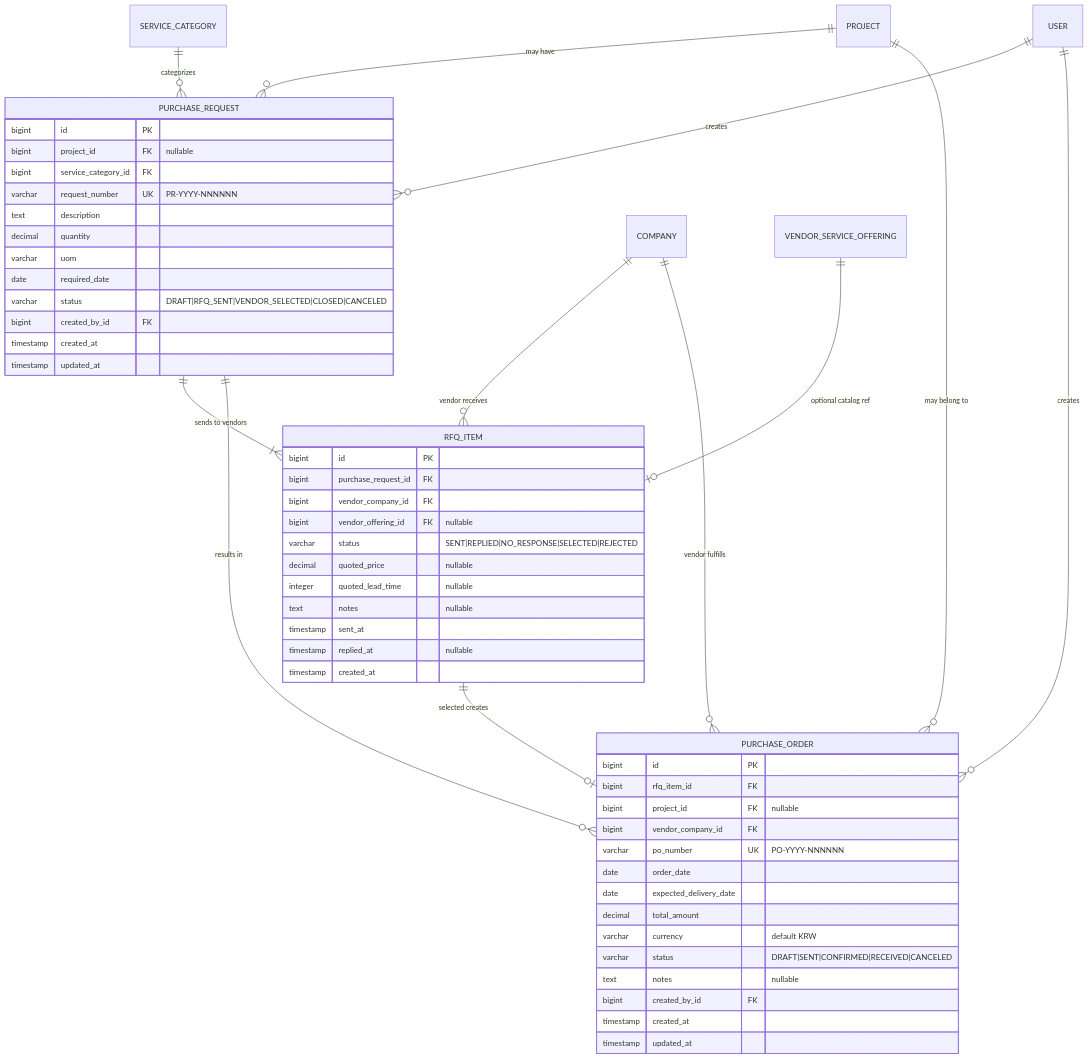
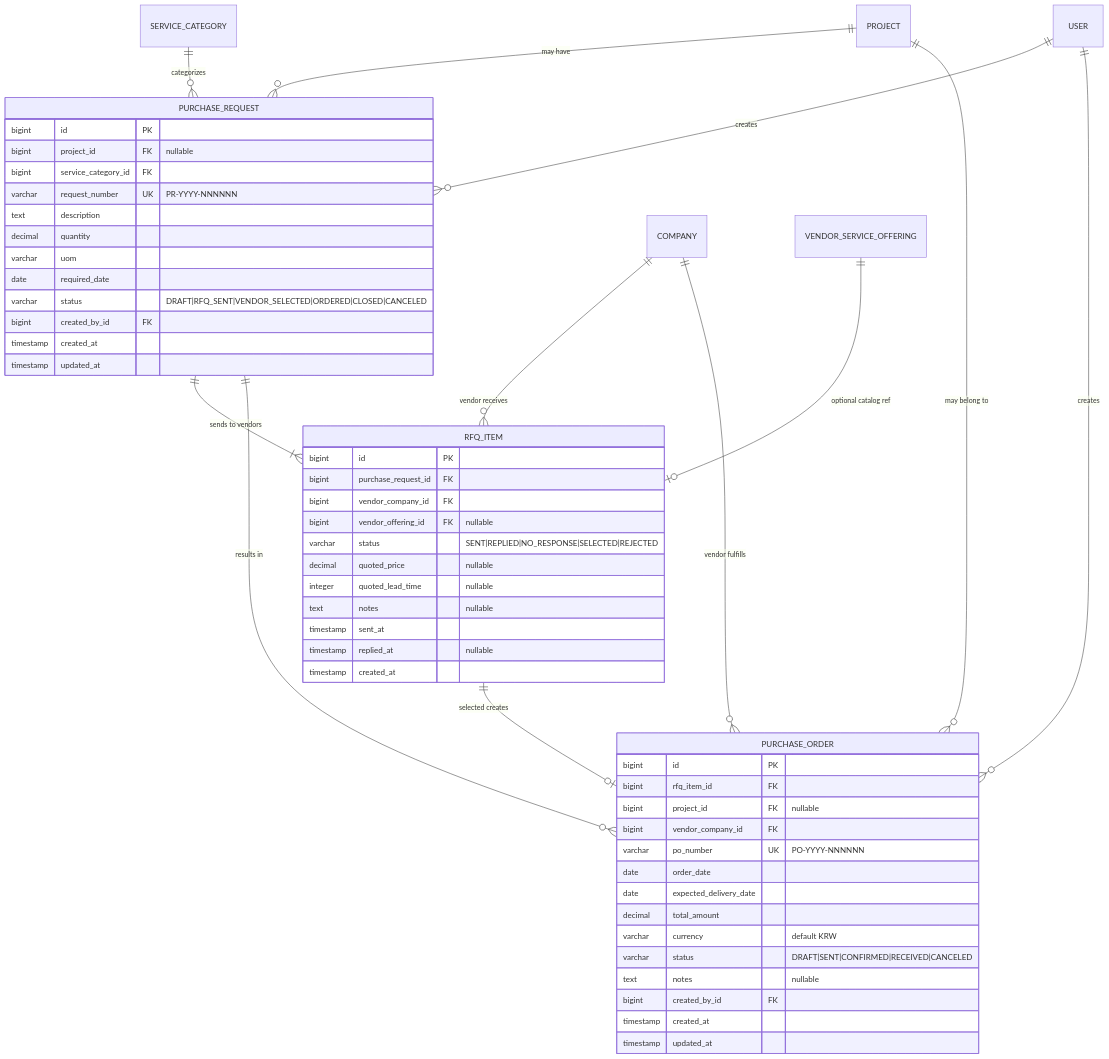
Before and after one commit to donghwunline/wellkorea-erp: the second of 10 diagrams in docs/architecture/purchasing-domain.md, drawn with Mermaid. The commit also changed other lines of this file and 13 other files, not shown here.

First line of the commit message:
feat(purchasing): add ORDERED status to PurchaseRequest workflow

````diff
--- a/docs/architecture/purchasing-domain.md
+++ b/docs/architecture/purchasing-domain.md
@@ -109,63 +109,63 @@
 ```mermaid
 erDiagram
     PROJECT ||--o{ PURCHASE_REQUEST : "may have"
     SERVICE_CATEGORY ||--o{ PURCHASE_REQUEST : "categorizes"
     USER ||--o{ PURCHASE_REQUEST : "creates"
 
     PURCHASE_REQUEST ||--|{ RFQ_ITEM : "sends to vendors"
     PURCHASE_REQUEST ||--o{ PURCHASE_ORDER : "results in"
 
     COMPANY ||--o{ RFQ_ITEM : "vendor receives"
     VENDOR_SERVICE_OFFERING ||--o| RFQ_ITEM : "optional catalog ref"
 
     RFQ_ITEM ||--o| PURCHASE_ORDER : "selected creates"
     COMPANY ||--o{ PURCHASE_ORDER : "vendor fulfills"
     USER ||--o{ PURCHASE_ORDER : "creates"
     PROJECT ||--o{ PURCHASE_ORDER : "may belong to"
 
     PURCHASE_REQUEST {
         bigint id PK
         bigint project_id FK "nullable"
         bigint service_category_id FK
         varchar request_number UK "PR-YYYY-NNNNNN"
         text description
         decimal quantity
         varchar uom
         date required_date
-        varchar status "DRAFT|RFQ_SENT|VENDOR_SELECTED|CLOSED|CANCELED"
+        varchar status "DRAFT|RFQ_SENT|VENDOR_SELECTED|ORDERED|CLOSED|CANCELED"
         bigint created_by_id FK
         timestamp created_at
         timestamp updated_at
     }
 
     RFQ_ITEM {
         bigint id PK
         bigint purchase_request_id FK
         bigint vendor_company_id FK
         bigint vendor_offering_id FK "nullable"
         varchar status "SENT|REPLIED|NO_RESPONSE|SELECTED|REJECTED"
         decimal quoted_price "nullable"
         integer quoted_lead_time "nullable"
         text notes "nullable"
         timestamp sent_at
         timestamp replied_at "nullable"
         timestamp created_at
     }
 
     PURCHASE_ORDER {
         bigint id PK
         bigint rfq_item_id FK
         bigint project_id FK "nullable"
         bigint vendor_company_id FK
         varchar po_number UK "PO-YYYY-NNNNNN"
         date order_date
         date expected_delivery_date
         decimal total_amount
         varchar currency "default KRW"
         varchar status "DRAFT|SENT|CONFIRMED|RECEIVED|CANCELED"
         text notes "nullable"
         bigint created_by_id FK
         timestamp created_at
         timestamp updated_at
     }
 ```
````
